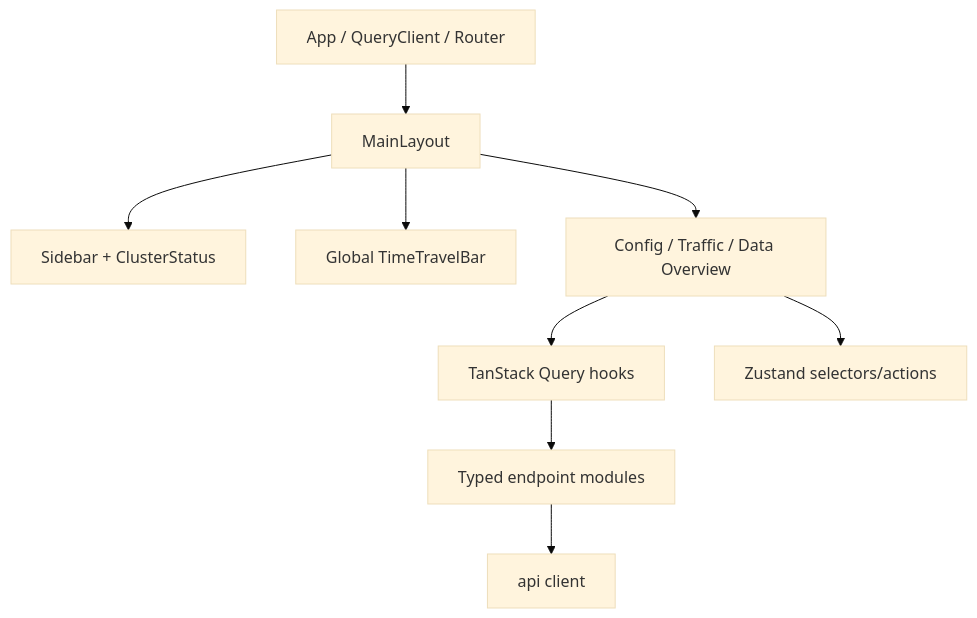
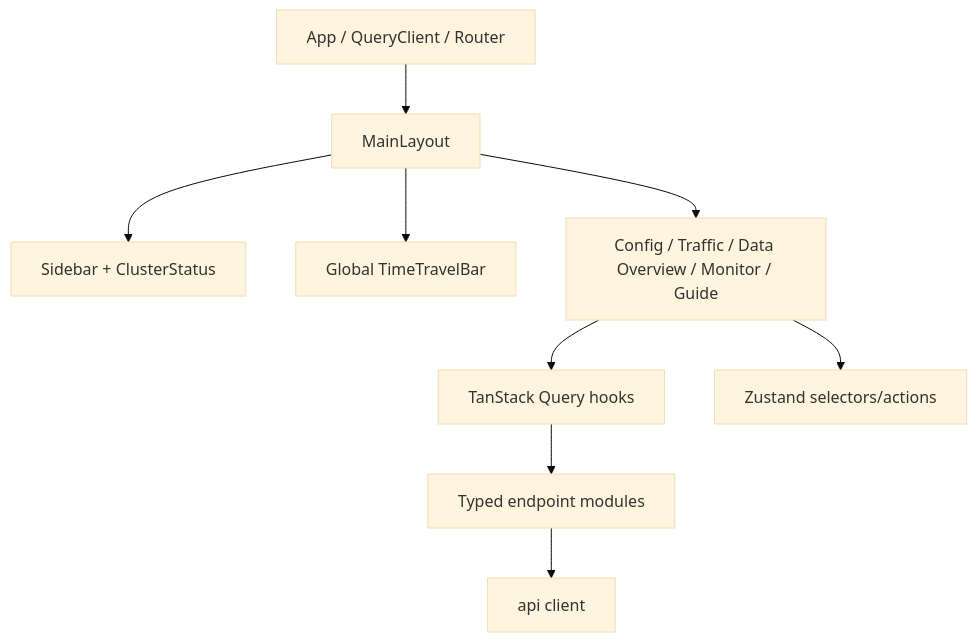
One commit to 3900563672/hello-k8s-ai changed the first of 2 diagrams in docs/frontend/FRONTEND_ARCHITECTURE.md. Above: the diagram before and after it, drawn with Mermaid (base theme). The commit also changed other lines of this file and 25 other files, not shown here.

````diff
--- a/docs/frontend/FRONTEND_ARCHITECTURE.md
+++ b/docs/frontend/FRONTEND_ARCHITECTURE.md
@@ -34,11 +34,11 @@
 ```mermaid
 flowchart TB
   APP["App / QueryClient / Router"] --> L["MainLayout"]
   L --> NAV["Sidebar + ClusterStatus"]
   L --> TIME["Global TimeTravelBar"]
-  L --> PAGE["Config / Traffic / Data Overview"]
+  L --> PAGE["Config / Traffic / Data Overview / Monitor / Guide"]
   PAGE --> Q["TanStack Query hooks"]
   PAGE --> Z["Zustand selectors/actions"]
   Q --> EP["Typed endpoint modules"]
   EP --> HTTP["api client"]
 ```
````
